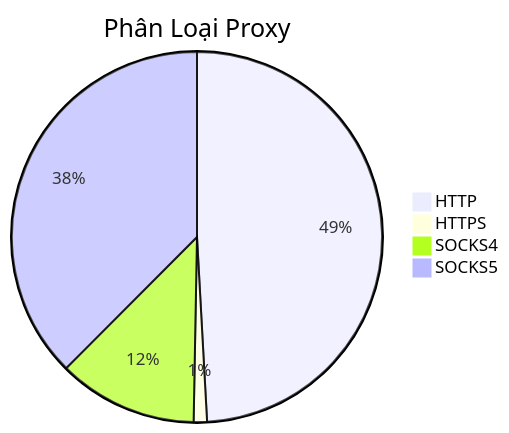
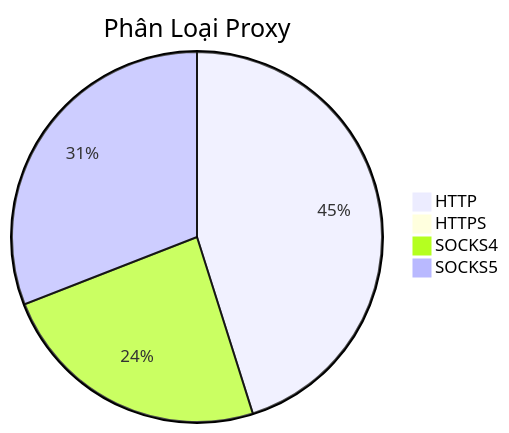
The diagram in README.md (Ciara-Aa/PROXY-free), drawn with Mermaid before and after one commit. The commit also changed other lines of this file and 4 other files, not shown here.

````diff
--- a/README.md
+++ b/README.md
@@ -26,7 +26,7 @@
 ```mermaid
 pie title Phân Loại Proxy
-    "HTTP" : 254
+    "HTTP" : 324
     "HTTPS" : 6
-    "SOCKS4" : 63
-    "SOCKS5" : 194
+    "SOCKS4" : 172
+    "SOCKS5" : 222
 ```
````
